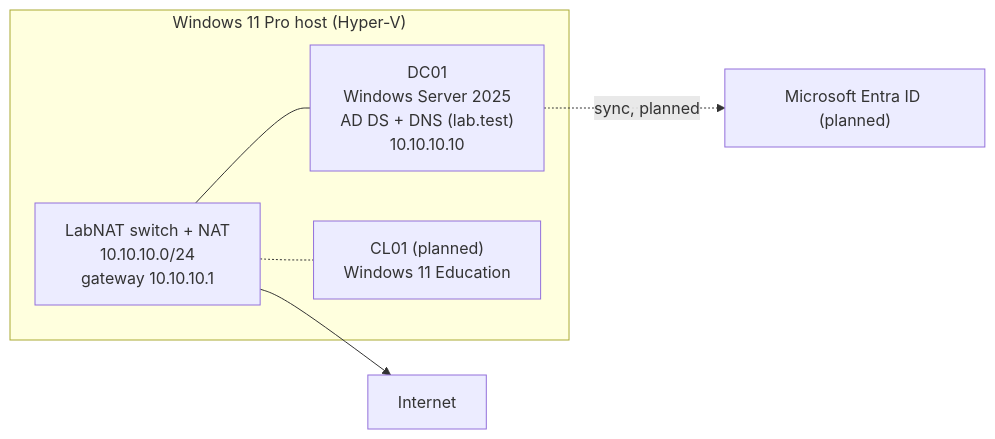
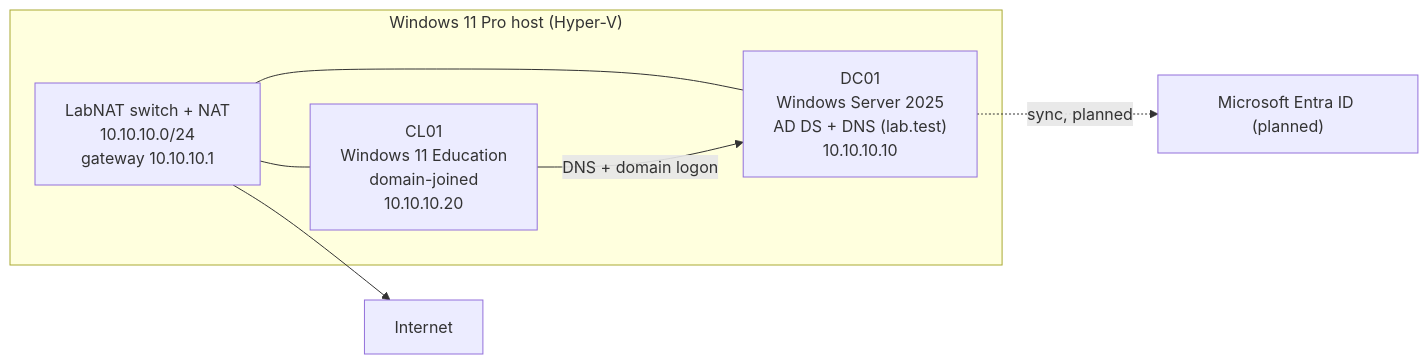
Before and after one commit to Tuomas404/hybrid-identity-lab: the diagram in README.md, drawn with Mermaid. The commit also changed other lines of this file, not shown here.

Commit message:
Add CL01 domain join and logon test to README

````diff
--- a/README.md
+++ b/README.md
@@ -18,14 +19,15 @@
 ```mermaid
 flowchart LR
   subgraph Host["Windows 11 Pro host (Hyper-V)"]
     NAT["LabNAT switch + NAT<br/>10.10.10.0/24<br/>gateway 10.10.10.1"]
     DC01["DC01<br/>Windows Server 2025<br/>AD DS + DNS (lab.test)<br/>10.10.10.10"]
-    CL01["CL01 (planned)<br/>Windows 11 Education"]
+    CL01["CL01<br/>Windows 11 Education<br/>domain-joined<br/>10.10.10.20"]
   end
   Entra["Microsoft Entra ID (planned)"]
   Internet["Internet"]
   NAT --- DC01
-  NAT -.- CL01
+  NAT --- CL01
+  CL01 -->|DNS + domain logon| DC01
   NAT --> Internet
   DC01 -.->|sync, planned| Entra
 ```
````
